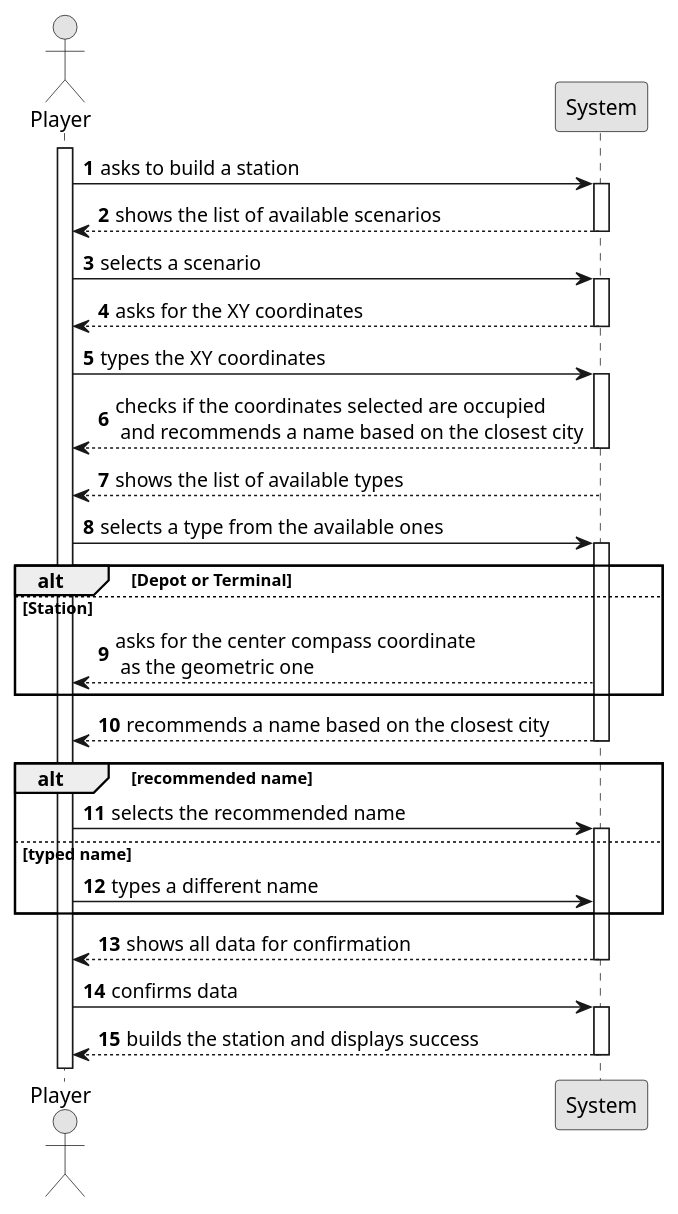
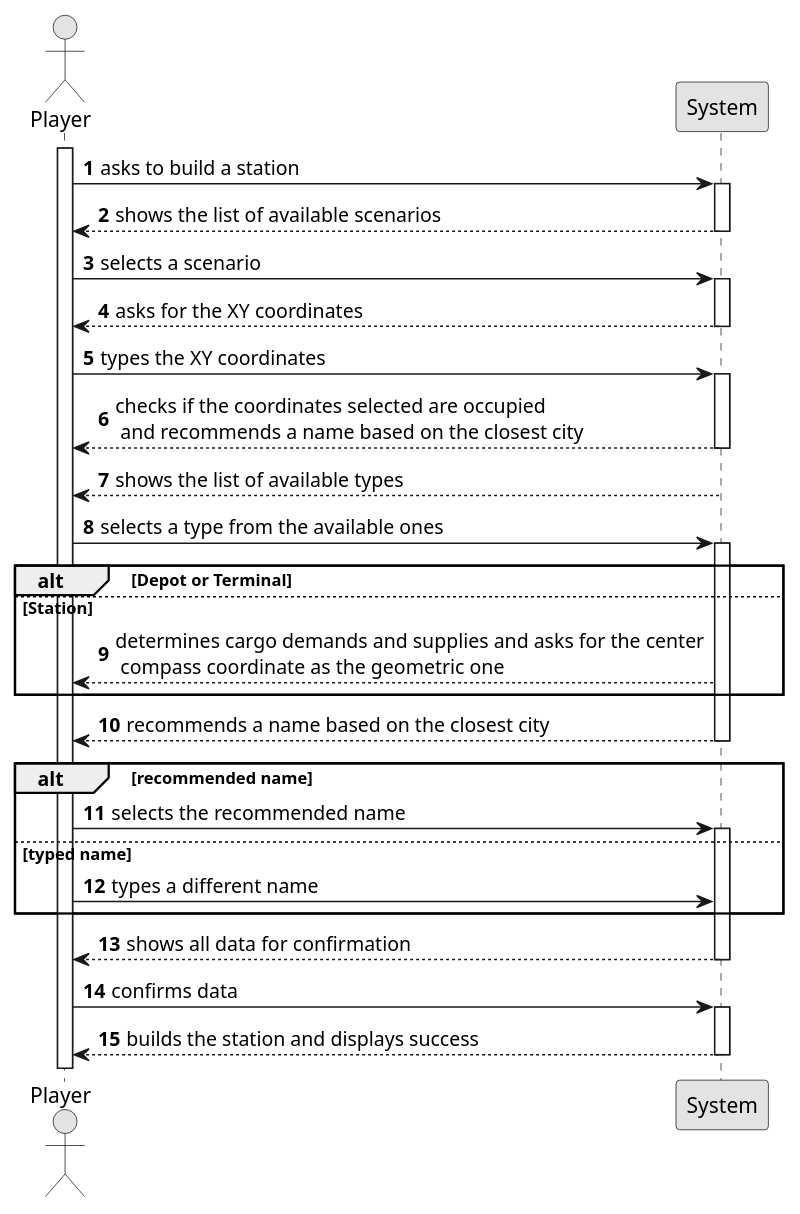
Before and after one commit to 1240935/pi2-railway-simulator: the diagram in Sprint2/US005/01.requirements-engineering/puml/US005-SSD.puml, drawn with PlantUML. The commit also changed 2 other files, not shown here.

```diff
--- a/Sprint2/US005/01.requirements-engineering/puml/US005-SSD.puml
+++ b/Sprint2/US005/01.requirements-engineering/puml/US005-SSD.puml
@@ -1,71 +1,71 @@
 @startuml
 skinparam monochrome true
 skinparam packageStyle rectangle
 skinparam shadowing false
 
 autonumber
 
 actor "Player" as Player
 participant "System" as System
 
 activate Player
 
     Player -> System : asks to build a station
     activate System
 
     System --> Player : shows the list of available scenarios
     deactivate System
 
     Player -> System : selects a scenario
     activate System
 
     System --> Player : asks for the XY coordinates
     deactivate System
 
     Player -> System : types the XY coordinates
     activate System
 
     System --> Player : checks if the coordinates selected are occupied \n and recommends a name based on the closest city
     deactivate System
 
     System --> Player: shows the list of available types
     deactivate System
 
     Player -> System : selects a type from the available ones
     activate System
 
     alt Depot or Terminal
 
     else Station
 
-        System --> Player: asks for the center compass coordinate \n as the geometric one
+        System --> Player: determines cargo demands and supplies and asks for the center\n compass coordinate as the geometric one
 
     end alt
 
 
      System --> Player: recommends a name based on the closest city
 
      deactivate System
 
     alt recommended name
 
         Player -> System : selects the recommended name
         activate System
 
         else typed name
 
         Player -> System : types a different name
 
         end alt
 
         System --> Player : shows all data for confirmation
         deactivate System
 
         Player -> System : confirms data
         activate System
 
         System --> Player : builds the station and displays success
         deactivate System
 
 
 @enduml
```
